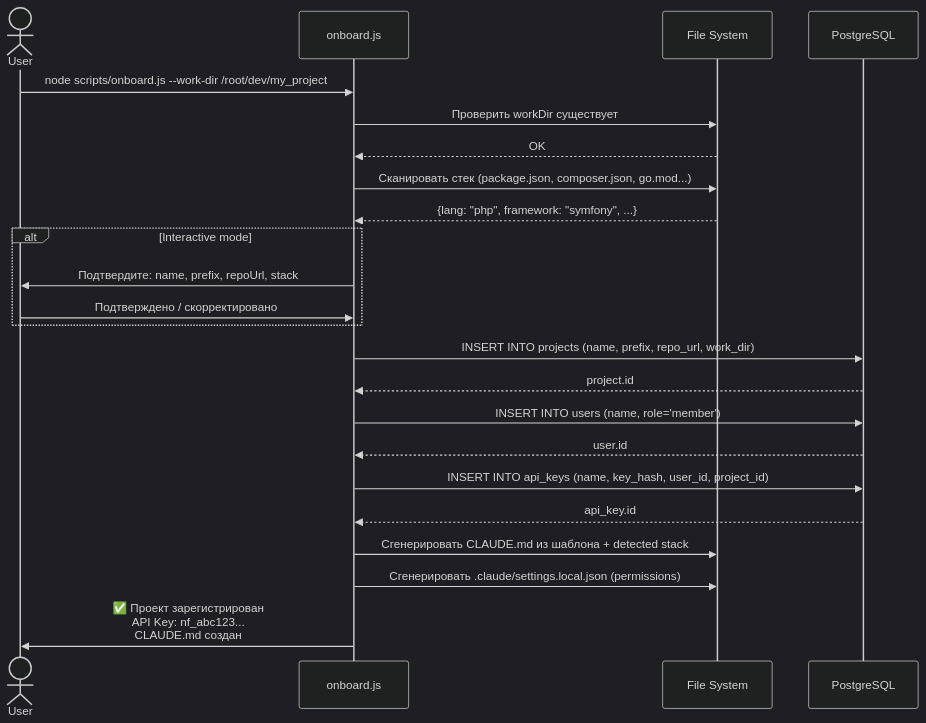
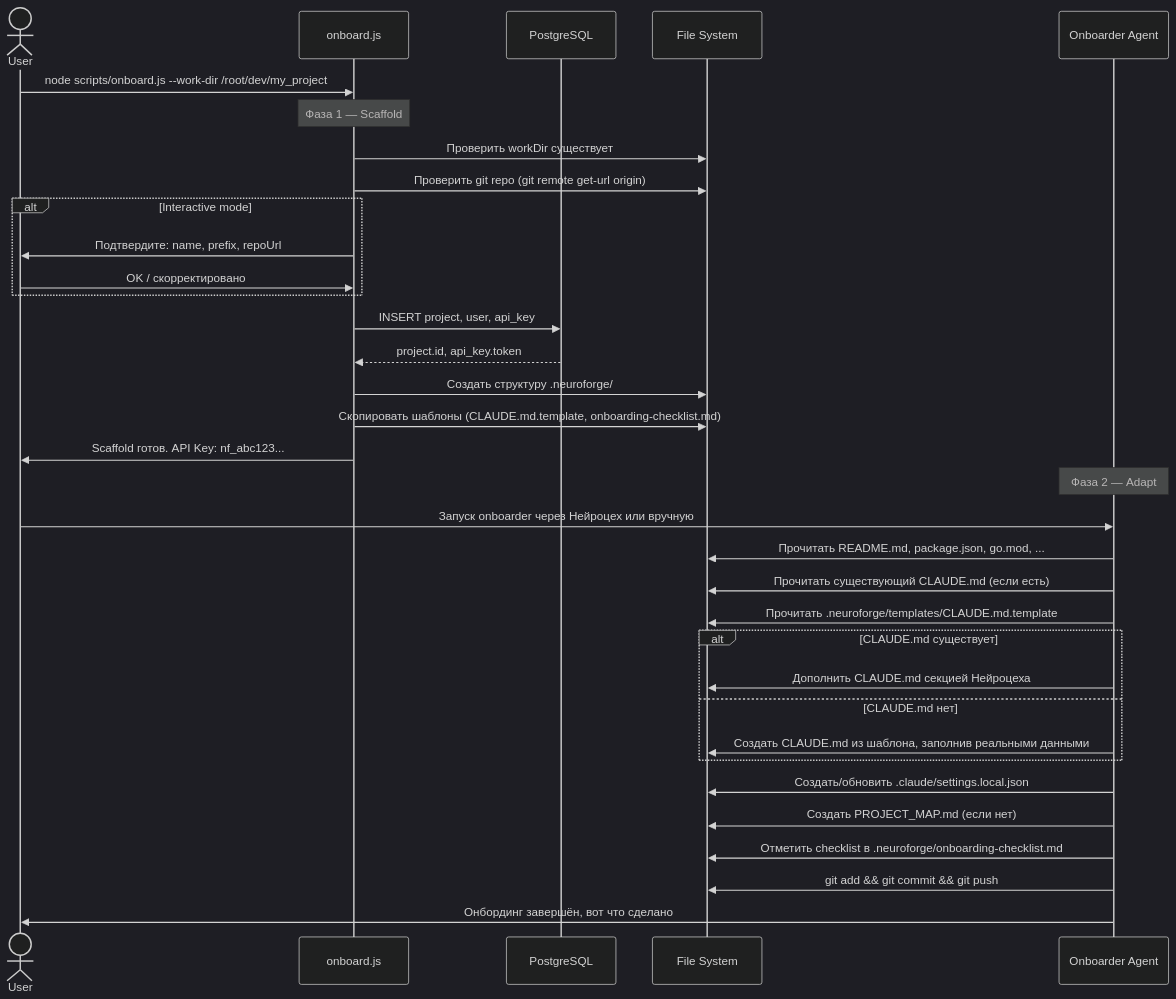
The second of 2 diagrams in docs/analyst/NF-22/design/spec.md (sasaloginov/neuroforge), drawn with Mermaid (dark theme) before and after one commit. The commit also changed other lines of this file and 1 other file, not shown here.

Commit message:
NF-22: обновлённая спека — LLM-driven онбординг вместо скрипта

````diff
--- a/docs/analyst/NF-22/design/spec.md
+++ b/docs/analyst/NF-22/design/spec.md
@@ -63,34 +53,47 @@
 ```mermaid
 sequenceDiagram
     actor User
     participant CLI as onboard.js
+    participant DB as PostgreSQL
     participant FS as File System
-    participant DB as PostgreSQL
+    participant LLM as Onboarder Agent
 
     User->>CLI: node scripts/onboard.js --work-dir /root/dev/my_project
 
+    Note over CLI: Фаза 1 — Scaffold
     CLI->>FS: Проверить workDir существует
-    FS-->>CLI: OK
-
-    CLI->>FS: Сканировать стек (package.json, composer.json, go.mod...)
-    FS-->>CLI: {lang: "php", framework: "symfony", ...}
+    CLI->>FS: Проверить git repo (git remote get-url origin)
 
     alt Interactive mode
-        CLI->>User: Подтвердите: name, prefix, repoUrl, stack
-        User->>CLI: Подтверждено / скорректировано
+        CLI->>User: Подтвердите: name, prefix, repoUrl
+        User->>CLI: OK / скорректировано
     end
 
-    CLI->>DB: INSERT INTO projects (name, prefix, repo_url, work_dir)
-    DB-->>CLI: project.id
+    CLI->>DB: INSERT project, user, api_key
+    DB-->>CLI: project.id, api_key.token
 
-    CLI->>DB: INSERT INTO users (name, role='member')
-    DB-->>CLI: user.id
+    CLI->>FS: Создать структуру .neuroforge/
+    CLI->>FS: Скопировать шаблоны (CLAUDE.md.template, onboarding-checklist.md)
 
-    CLI->>DB: INSERT INTO api_keys (name, key_hash, user_id, project_id)
-    DB-->>CLI: api_key.id
+    CLI->>User: Scaffold готов. API Key: nf_abc123...
 
-    CLI->>FS: Сгенерировать CLAUDE.md из шаблона + detected stack
-    CLI->>FS: Сгенерировать .claude/settings.local.json (permissions)
+    Note over LLM: Фаза 2 — Adapt
+    User->>LLM: Запуск onboarder через Нейроцех или вручную
 
-    CLI->>User: ✅ Проект зарегистрирован<br/>API Key: nf_abc123...<br/>CLAUDE.md создан
+    LLM->>FS: Прочитать README.md, package.json, go.mod, ...
+    LLM->>FS: Прочитать существующий CLAUDE.md (если есть)
+    LLM->>FS: Прочитать .neuroforge/templates/CLAUDE.md.template
+
+    alt CLAUDE.md существует
+        LLM->>FS: Дополнить CLAUDE.md секцией Нейроцеха
+    else CLAUDE.md нет
+        LLM->>FS: Создать CLAUDE.md из шаблона, заполнив реальными данными
+    end
+
+    LLM->>FS: Создать/обновить .claude/settings.local.json
+    LLM->>FS: Создать PROJECT_MAP.md (если нет)
+    LLM->>FS: Отметить checklist в .neuroforge/onboarding-checklist.md
+    LLM->>FS: git add && git commit && git push
+
+    LLM->>User: Онбординг завершён, вот что сделано
 ```
````
